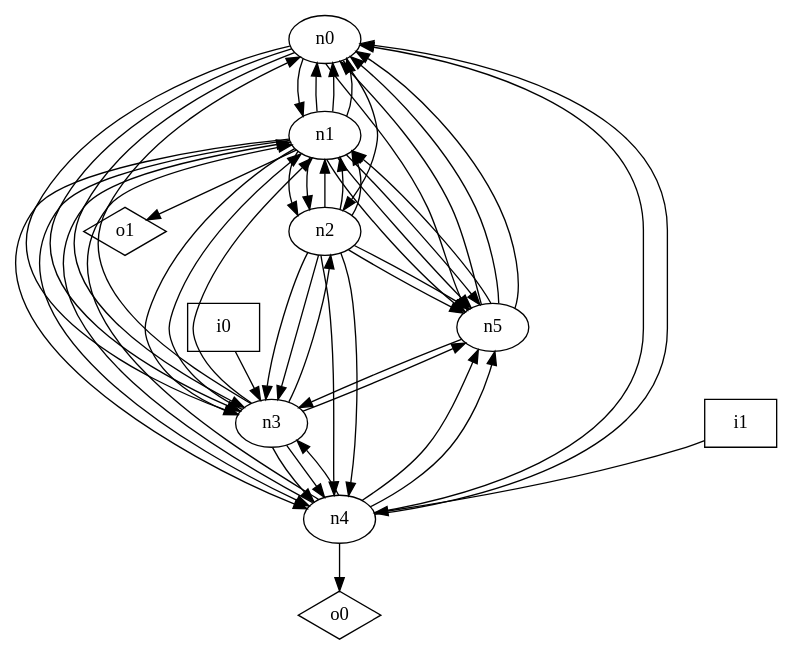
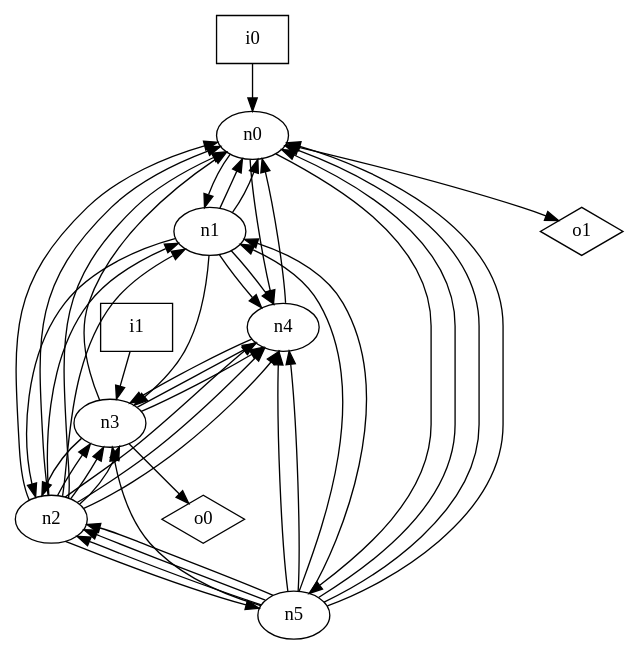
One commit to p9romain/bool-circuits changed the diagram in dot_files/random/random_loop_free_graph.dot. Above: the diagram before and after it, drawn with Graphviz. The commit also changed 53 other files, not shown here.

```diff
--- a/dot_files/random/random_loop_free_graph.dot
+++ b/dot_files/random/random_loop_free_graph.dot
@@ -1,61 +1,54 @@
 digraph G {
 n0 [label="n0"];
 n1 [label="n1"];
 n2 [label="n2"];
 n3 [label="n3"];
 n4 [label="n4"];
 n5 [label="n5"];
 n6 [label="i0",shape="box"];
 n7 [label="i1",shape="box"];
 n8 [label="o0",shape="diamond"];
 n9 [label="o1",shape="diamond"];
 n0 -> n1
-n0 -> n2
-n0 -> n3
-n0 -> n3
-n0 -> n3
+n0 -> n4
 n0 -> n5
+n0 -> n9
 n1 -> n0
 n1 -> n0
-n1 -> n0
-n1 -> n2
 n1 -> n2
 n1 -> n3
 n1 -> n4
 n1 -> n4
-n1 -> n5
-n1 -> n5
-n1 -> n5
-n1 -> n9
-n2 -> n1
+n2 -> n0
+n2 -> n0
+n2 -> n0
 n2 -> n1
 n2 -> n1
 n2 -> n3
 n2 -> n3
+n2 -> n3
+n2 -> n4
 n2 -> n4
 n2 -> n4
 n2 -> n5
-n2 -> n5
 n3 -> n0
-n3 -> n1
-n3 -> n1
 n3 -> n2
 n3 -> n4
 n3 -> n4
-n3 -> n5
+n3 -> n8
 n4 -> n0
-n4 -> n0
-n4 -> n1
-n4 -> n1
 n4 -> n3
-n4 -> n5
-n4 -> n5
-n4 -> n8
 n5 -> n0
 n5 -> n0
 n5 -> n0
 n5 -> n1
+n5 -> n1
+n5 -> n2
+n5 -> n2
+n5 -> n2
 n5 -> n3
-n6 -> n3
-n7 -> n4
+n5 -> n4
+n5 -> n4
+n6 -> n0
+n7 -> n3
 }
```
